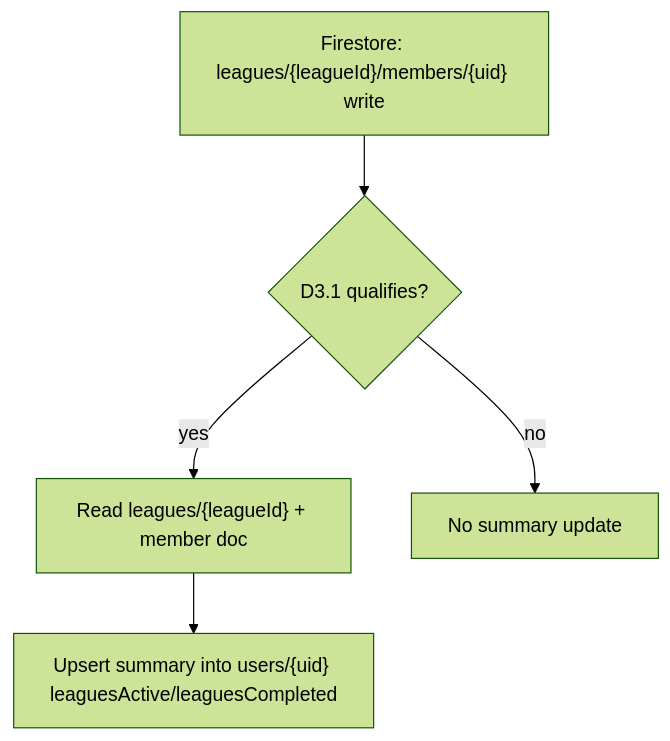
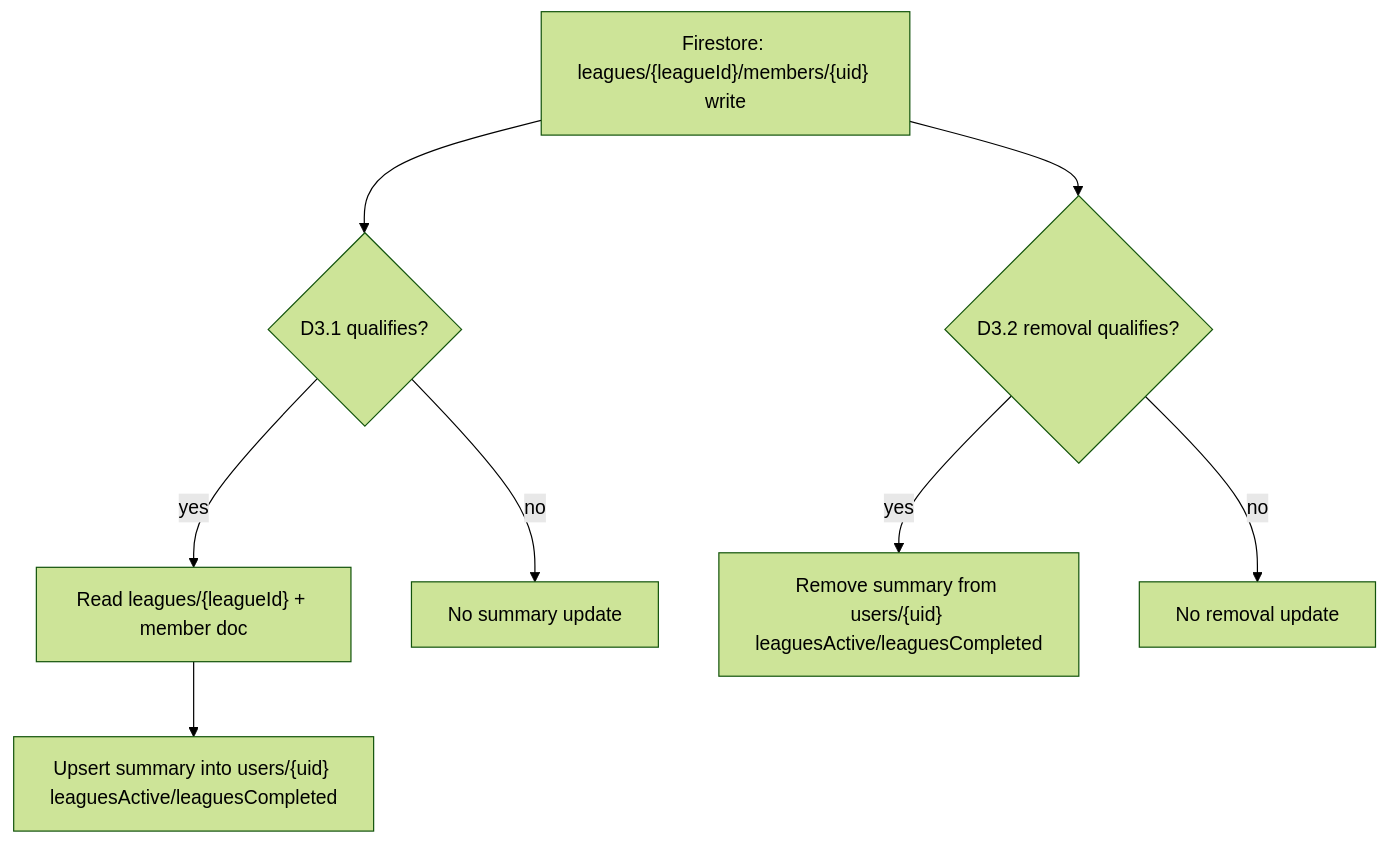
Before and after one commit to theta-ai-tech/gsm-api: the diagram in arch/league_member_triggers.md, drawn with Mermaid (forest theme). The commit also changed other lines of this file and 2 other files, not shown here.

````diff
--- a/arch/league_member_triggers.md
+++ b/arch/league_member_triggers.md
@@ -4,7 +4,10 @@
 ```mermaid
 flowchart TD
     A["Firestore: leagues/{leagueId}/members/{uid} write"] --> B{D3.1 qualifies?}
     B -->|yes| C["Read leagues/{leagueId} + member doc"]
     C --> D["Upsert summary into users/{uid} leaguesActive/leaguesCompleted"]
     B -->|no| E["No summary update"]
+    A --> F{D3.2 removal qualifies?}
+    F -->|yes| G["Remove summary from users/{uid} leaguesActive/leaguesCompleted"]
+    F -->|no| H["No removal update"]
 ```
````
